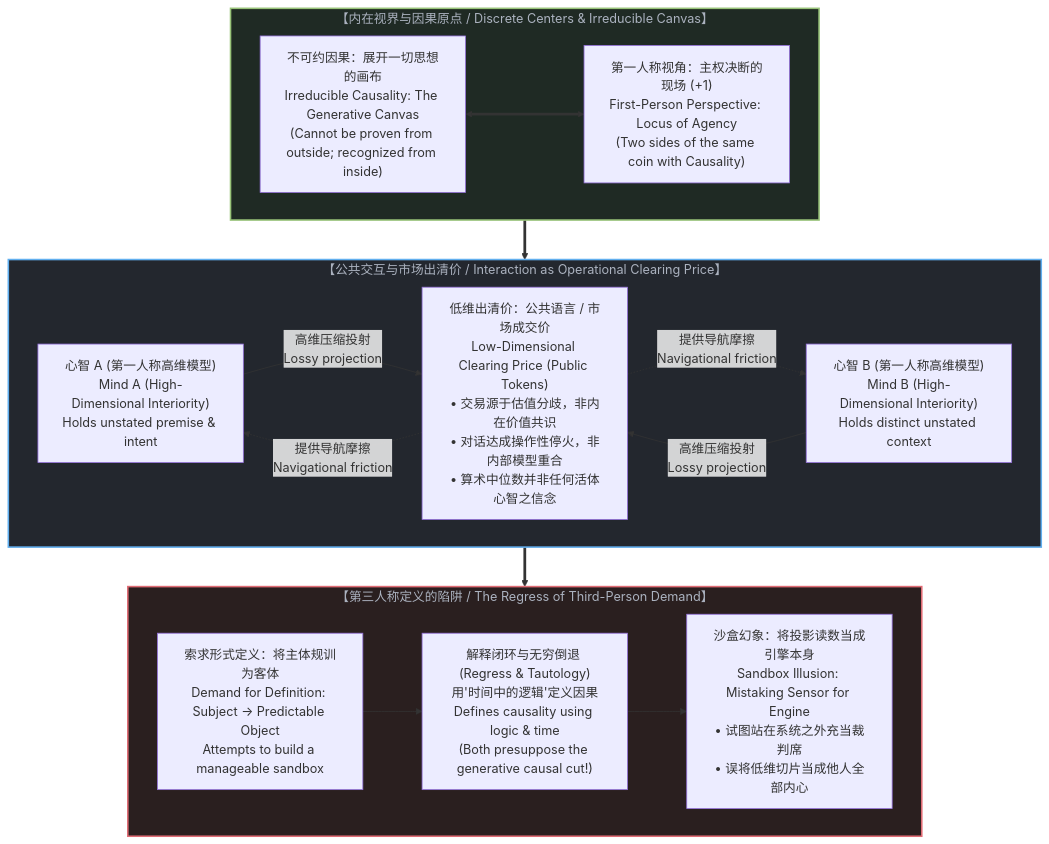
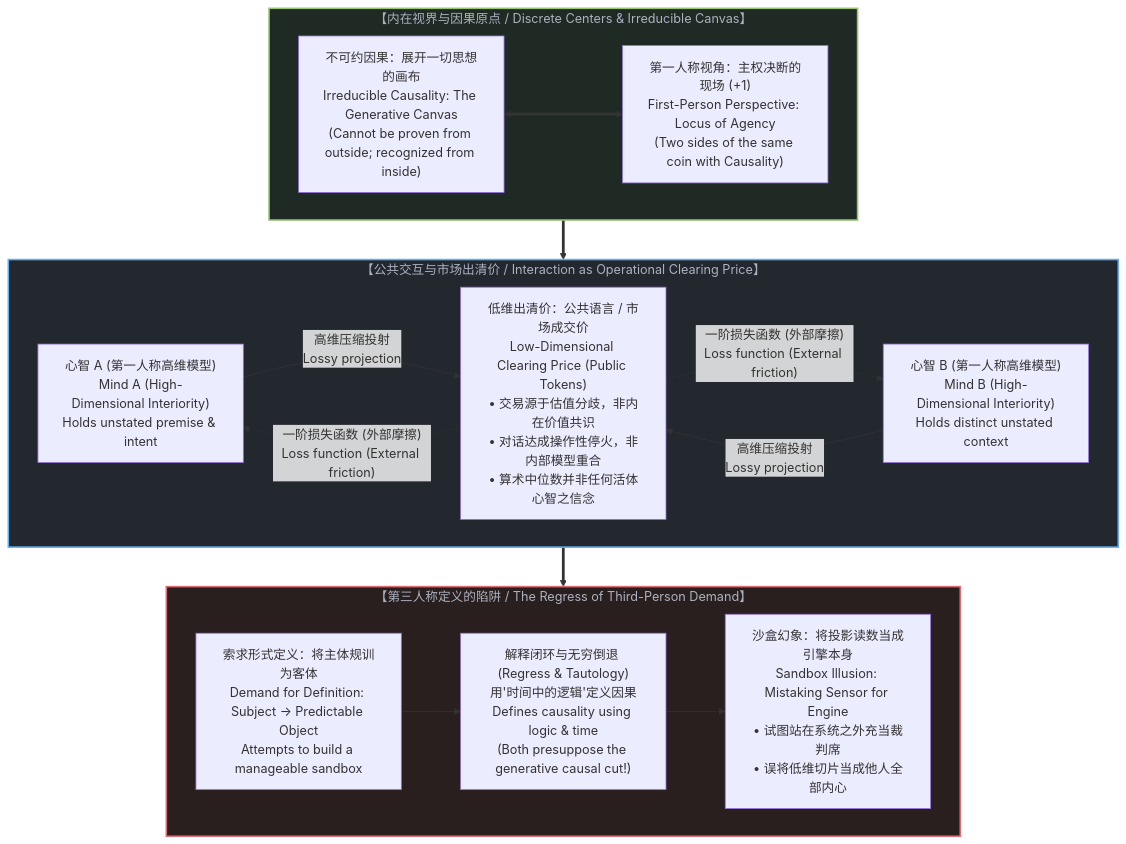
Before and after one commit to powerpig99/not-a-toe: the diagram in content/posts/the-illusion-of-the-shared-sandbox.md, drawn with Mermaid. The commit also changed other lines of this file and 3 other files, not shown here.

Commit message:
feat: integrate external friction as loss function and internal calibration into essay and prompts

````diff
--- a/content/posts/the-illusion-of-the-shared-sandbox.md
+++ b/content/posts/the-illusion-of-the-shared-sandbox.md
@@ -35,39 +35,39 @@
 ```mermaid
 graph TD
     subgraph Interiority["【内在视界与因果原点 / Discrete Centers & Irreducible Canvas】"]
         Canvas["不可约因果：展开一切思想的画布<br>Irreducible Causality: The Generative Canvas<br>(Cannot be proven from outside; recognized from inside)"]
         FirstPerson["第一人称视角：主权决断的现场 (+1)<br>First-Person Perspective: Locus of Agency<br>(Two sides of the same coin with Causality)"]
         
         Canvas <===> FirstPerson
     end
 
     subgraph Communication["【公共交互与市场出清价 / Interaction as Operational Clearing Price】"]
         MindA["心智 A (第一人称高维模型)<br>Mind A (High-Dimensional Interiority)<br>Holds unstated premise & intent"]
         MindB["心智 B (第一人称高维模型)<br>Mind B (High-Dimensional Interiority)<br>Holds distinct unstated context"]
         
         ClearingPrice["低维出清价：公共语言 / 市场成交价<br>Low-Dimensional Clearing Price (Public Tokens)<br>• 交易源于估值分歧，非内在价值共识<br>• 对话达成操作性停火，非内部模型重合<br>• 算术中位数并非任何活体心智之信念"]
         
         MindA -->|"高维压缩投射<br>Lossy projection"| ClearingPrice
         MindB -->|"高维压缩投射<br>Lossy projection"| ClearingPrice
-        ClearingPrice -. "提供导航摩擦<br>Navigational friction" .-> MindA
-        ClearingPrice -. "提供导航摩擦<br>Navigational friction" .-> MindB
+        ClearingPrice -. "一阶损失函数 (外部摩擦)<br>Loss function (External friction)" .-> MindA
+        ClearingPrice -. "一阶损失函数 (外部摩擦)<br>Loss function (External friction)" .-> MindB
     end
 
     subgraph TrapOfDefinition["【第三人称定义的陷阱 / The Regress of Third-Person Demand】"]
         Demand["索求形式定义：将主体规训为客体<br>Demand for Definition: Subject → Predictable Object<br>Attempts to build a manageable sandbox"]
         
         Circle["解释闭环与无穷倒退 (Regress & Tautology)<br>用'时间中的逻辑'定义因果<br>Defines causality using logic & time<br>(Both presuppose the generative causal cut!)"]
         
         Sandbox["沙盒幻象：将投影读数当成引擎本身<br>Sandbox Illusion: Mistaking Sensor for Engine<br>• 试图站在系统之外充当裁判席<br>• 误将低维切片当成他人全部内心"]
         
         Demand --> Circle
         Circle --> Sandbox
     end
 
     Interiority ==> Communication
     Communication ==> TrapOfDefinition
 
     style Interiority fill:#1f2a24,stroke:#98c379,stroke-width:2px,color:#abb2bf
     style Communication fill:#23272e,stroke:#61afef,stroke-width:2px,color:#abb2bf
     style TrapOfDefinition fill:#2a1f1f,stroke:#e06c75,stroke-width:2px,color:#abb2bf
 ```
````
